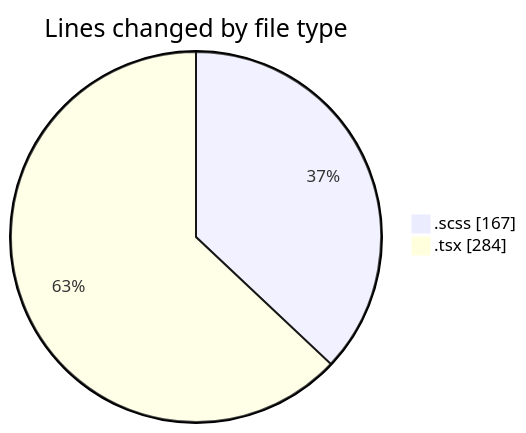
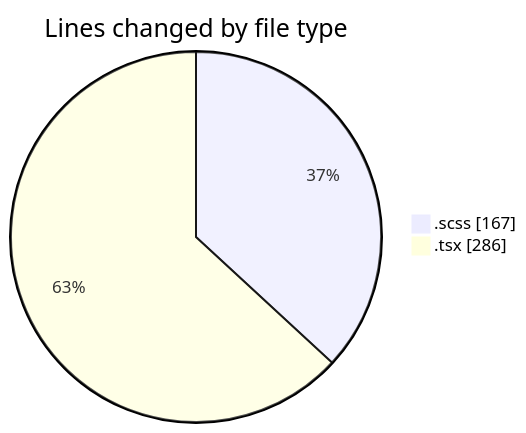
One commit to momahboobian/code-tracking changed the first of 2 diagrams in 2025-07-10/cda/README.md. Above: the diagram before and after it, drawn with Mermaid. The commit also changed other lines of this file and 1 other file, not shown here.

````diff
--- a/2025-07-10/cda/README.md
+++ b/2025-07-10/cda/README.md
@@ -26,6 +27,6 @@
 ```mermaid
 pie showData
 title Lines changed by file type
 ".scss" : 167
-".tsx" : 284
+".tsx" : 286
 ```
````
